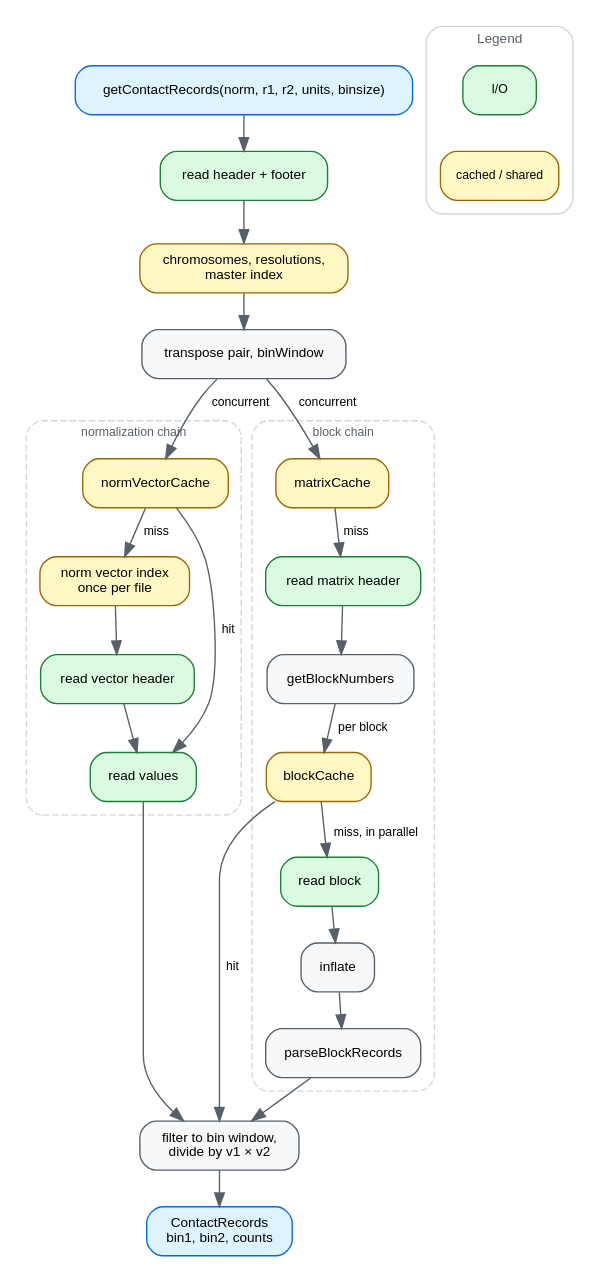
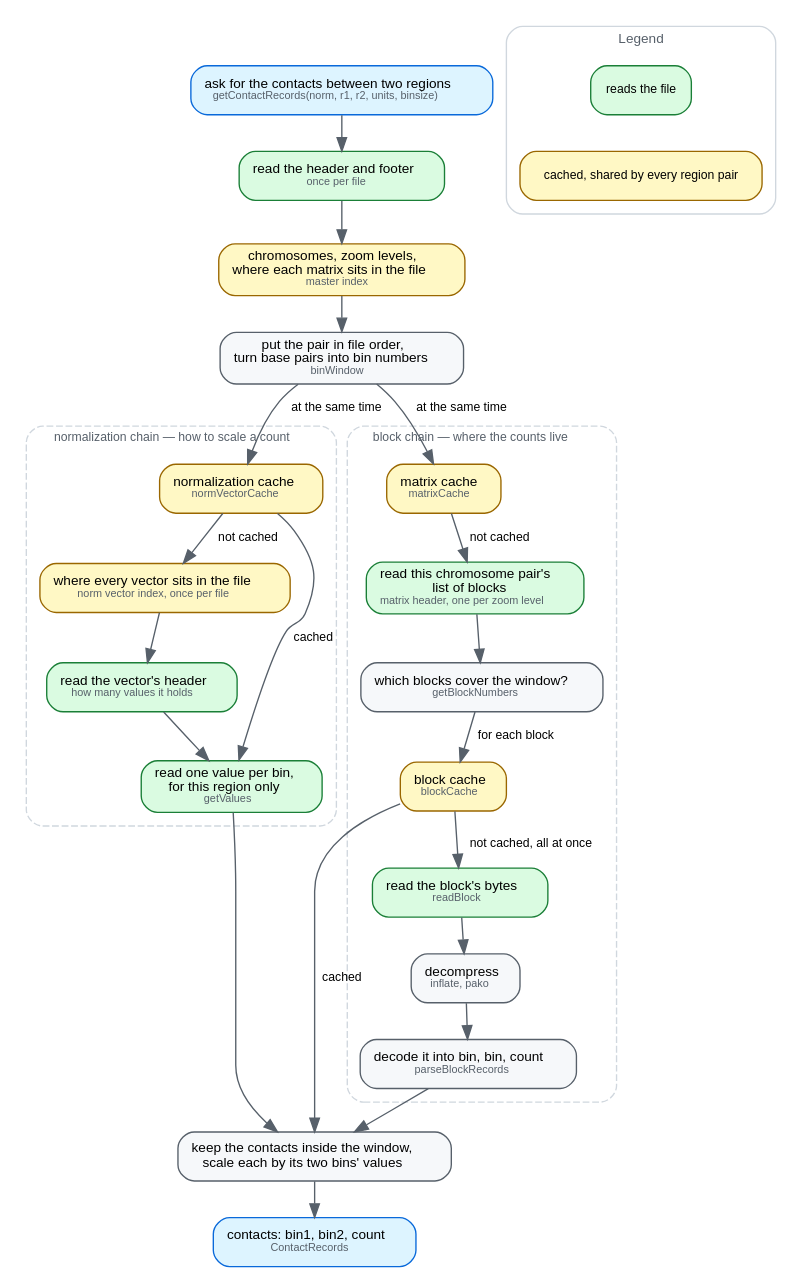
One commit to GMOD/hic changed the diagram in docs/img/dataflow.dot. Above: the diagram before and after it, drawn with Graphviz. The commit also changed 3 other files, not shown here.

First line of the commit message:
docs: teach the .hic vocabulary the dataflow diagram assumes

```diff
--- a/docs/img/dataflow.dot
+++ b/docs/img/dataflow.dot
@@ -1,102 +1,124 @@
 // Source for docs/img/dataflow.svg, which docs/dataflow.md embeds.
 // Regenerate with: dot -Tsvg docs/img/dataflow.dot -o docs/img/dataflow.svg
 //
 // Deliberately the MAIN PATH only — the pre-v9 walk for the norm vector index,
 // the per-vector value cache and the block encodings are described in
 // dataflow.md instead. A diagram that shows every branch stops being the thing
 // you look at first.
 //
+// Every label says what the step DOES first and names the code second, in the
+// small grey line under it. The audience arriving at a dataflow picture is
+// usually meeting `.hic` vocabulary for the first time — matrix, block, vector —
+// and a spine of bare function names asks them to know the code before the
+// picture can teach them anything. dataflow.md defines those three words just
+// above the diagram.
+//
 // SYNC: ~/src/gmod/bam-js/docs/img/dataflow.dot — same palette and spine;
-// ~/src/gmod/tabix-js and ~/src/gmod/cram-js share them too. Two entries of
-// their legend are missing here rather than restyled, because hic has neither:
-// no orange, since blocks inflate through pako in JS, and no purple, since
-// there is no worker pool. The clusters are what hic adds — cram also uses one,
-// but for what moves to a worker; here they are the two chains a pair runs
-// concurrently, which is the shape of the read path.
+// ~/src/gmod/tabix-js and ~/src/gmod/cram-js share them too. Three deliberate
+// divergences: the two-line labels above (the siblings label with the function
+// name alone), and two legend entries missing rather than restyled, because hic
+// has neither — no orange, since blocks inflate through pako in JS, and no
+// purple, since there is no worker pool. The clusters are what hic adds — cram
+// also uses one, but for what moves to a worker; here they are the two chains a
+// pair runs concurrently, which is the shape of the read path.
 digraph hicjs {
   rankdir=TB
   newrank=true
   bgcolor="white"
   nodesep=0.3
   ranksep=0.36
   node [shape=box style="filled,rounded" fillcolor="#f6f8fa" color="#57606a"
         fontname="Helvetica" fontsize=10 margin="0.14,0.07"]
   edge [color="#57606a" fontname="Helvetica" fontsize=9]
 
-  query [label="getContactRecords(norm, r1, r2, units, binsize)" fillcolor="#ddf4ff" color="#0969da"]
-  init  [label="read header + footer" fillcolor="#dafbe1" color="#1a7f37"]
-  meta  [label="chromosomes, resolutions,\nmaster index" fillcolor="#fff8c5" color="#9a6700"]
-  win   [label="transpose pair, binWindow"]
+  query [label=<ask for the contacts between two regions<br/><font point-size="8" color="#57606a">getContactRecords(norm, r1, r2, units, binsize)</font>>
+         fillcolor="#ddf4ff" color="#0969da"]
+  init  [label=<read the header and footer<br/><font point-size="8" color="#57606a">once per file</font>>
+         fillcolor="#dafbe1" color="#1a7f37"]
+  meta  [label=<chromosomes, zoom levels,<br/>where each matrix sits in the file<br/><font point-size="8" color="#57606a">master index</font>>
+         fillcolor="#fff8c5" color="#9a6700"]
+  win   [label=<put the pair in file order,<br/>turn base pairs into bin numbers<br/><font point-size="8" color="#57606a">binWindow</font>>]
 
   subgraph cluster_norm {
-    label="normalization chain"
+    label="normalization chain — how to scale a count"
+    labeljust="l"
     fontname="Helvetica" fontsize=9 fontcolor="#57606a" color="#d0d7de"
     style="rounded,dashed"
     margin=10
 
-    nvcache [label="normVectorCache" fillcolor="#fff8c5" color="#9a6700"]
-    nvidx   [label="norm vector index\nonce per file" fillcolor="#fff8c5" color="#9a6700"]
-    nvhdr   [label="read vector header" fillcolor="#dafbe1" color="#1a7f37"]
-    nvvals  [label="read values" fillcolor="#dafbe1" color="#1a7f37"]
+    nvcache [label=<normalization cache<br/><font point-size="8" color="#57606a">normVectorCache</font>>
+             fillcolor="#fff8c5" color="#9a6700"]
+    nvidx   [label=<where every vector sits in the file<br/><font point-size="8" color="#57606a">norm vector index, once per file</font>>
+             fillcolor="#fff8c5" color="#9a6700"]
+    nvhdr   [label=<read the vector's header<br/><font point-size="8" color="#57606a">how many values it holds</font>>
+             fillcolor="#dafbe1" color="#1a7f37"]
+    nvvals  [label=<read one value per bin,<br/>for this region only<br/><font point-size="8" color="#57606a">getValues</font>>
+             fillcolor="#dafbe1" color="#1a7f37"]
   }
 
   subgraph cluster_blocks {
-    label="block chain"
+    label="block chain — where the counts live"
+    labeljust="l"
     fontname="Helvetica" fontsize=9 fontcolor="#57606a" color="#d0d7de"
     style="rounded,dashed"
     margin=10
 
-    matcache [label="matrixCache" fillcolor="#fff8c5" color="#9a6700"]
-    mathdr   [label="read matrix header" fillcolor="#dafbe1" color="#1a7f37"]
-    blknums  [label="getBlockNumbers"]
-    blkcache [label="blockCache" fillcolor="#fff8c5" color="#9a6700"]
-    readblk  [label="read block" fillcolor="#dafbe1" color="#1a7f37"]
-    unzip    [label="inflate"]
-    parse    [label="parseBlockRecords"]
+    matcache [label=<matrix cache<br/><font point-size="8" color="#57606a">matrixCache</font>>
+              fillcolor="#fff8c5" color="#9a6700"]
+    mathdr   [label=<read this chromosome pair's<br/>list of blocks<br/><font point-size="8" color="#57606a">matrix header, one per zoom level</font>>
+              fillcolor="#dafbe1" color="#1a7f37"]
+    blknums  [label=<which blocks cover the window?<br/><font point-size="8" color="#57606a">getBlockNumbers</font>>]
+    blkcache [label=<block cache<br/><font point-size="8" color="#57606a">blockCache</font>>
+              fillcolor="#fff8c5" color="#9a6700"]
+    readblk  [label=<read the block's bytes<br/><font point-size="8" color="#57606a">readBlock</font>>
+              fillcolor="#dafbe1" color="#1a7f37"]
+    unzip    [label=<decompress<br/><font point-size="8" color="#57606a">inflate, pako</font>>]
+    parse    [label=<decode it into bin, bin, count<br/><font point-size="8" color="#57606a">parseBlockRecords</font>>]
   }
 
-  filter [label="filter to bin window,\ndivide by v1 × v2"]
-  out    [label="ContactRecords\nbin1, bin2, counts" fillcolor="#ddf4ff" color="#0969da"]
+  filter [label=<keep the contacts inside the window,<br/>scale each by its two bins' values>]
+  out    [label=<contacts: bin1, bin2, count<br/><font point-size="8" color="#57606a">ContactRecords</font>>
+          fillcolor="#ddf4ff" color="#0969da"]
 
   query -> init
   init  -> meta
   meta  -> win
 
-  win -> nvcache  [label=" concurrent "]
-  win -> matcache [label=" concurrent "]
+  win -> nvcache  [label=" at the same time "]
+  win -> matcache [label=" at the same time "]
   { rank=same; nvcache; matcache }
 
-  nvcache -> nvidx [label=" miss "]
+  nvcache -> nvidx [label=" not cached "]
   nvidx   -> nvhdr
   nvhdr   -> nvvals
   nvvals  -> filter
   // A hit returns the vector, not its values, so it still asks for the slice
   // this region needs — the vector's own ±1000-value cache usually answers.
-  nvcache -> nvvals [label=" hit "]
+  nvcache -> nvvals [label=" cached "]
 
-  matcache -> mathdr [label=" miss "]
+  matcache -> mathdr [label=" not cached "]
   mathdr   -> blknums
-  blknums  -> blkcache [label=" per block "]
-  blkcache -> readblk [label=" miss, in parallel "]
+  blknums  -> blkcache [label=" for each block "]
+  blkcache -> readblk [label=" not cached, all at once "]
   readblk  -> unzip
   unzip    -> parse
   parse    -> filter
-  blkcache -> filter [label=" hit "]
+  blkcache -> filter [label=" cached "]
 
   filter -> out
 
   subgraph cluster_legend {
     label="Legend"
     labelloc="t"
     fontname="Helvetica"
     fontsize=10
     fontcolor="#57606a"
     color="#d0d7de"
     style="rounded"
     margin=10
     node [shape=box style="filled,rounded" fontsize=9 margin="0.1,0.04"]
-    l1 [label="I/O" fillcolor="#dafbe1" color="#1a7f37"]
-    l2 [label="cached / shared" fillcolor="#fff8c5" color="#9a6700"]
+    l1 [label="reads the file" fillcolor="#dafbe1" color="#1a7f37"]
+    l2 [label="cached, shared by every region pair" fillcolor="#fff8c5" color="#9a6700"]
     l1 -> l2 [style=invis]
   }
 }
```
